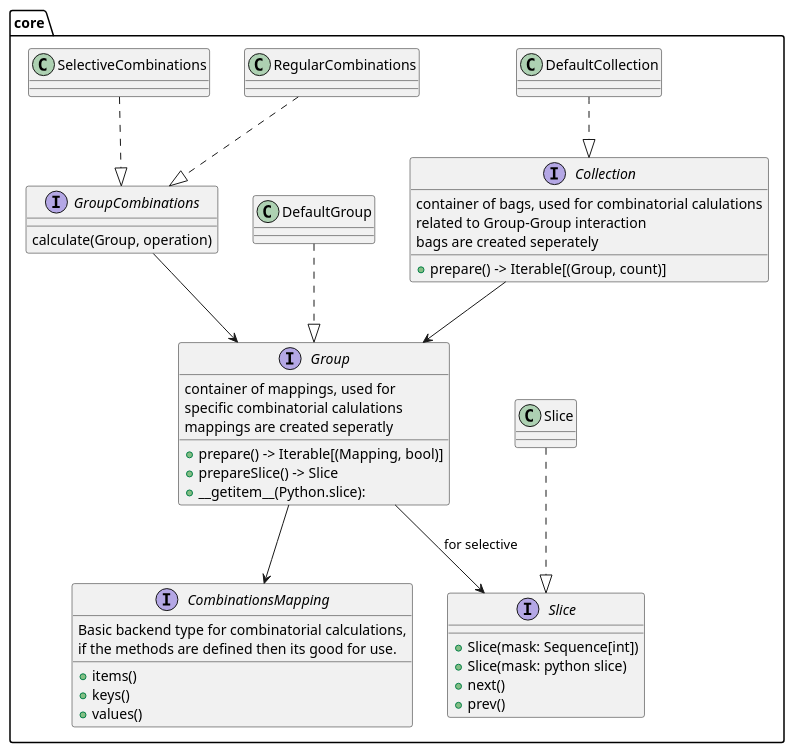
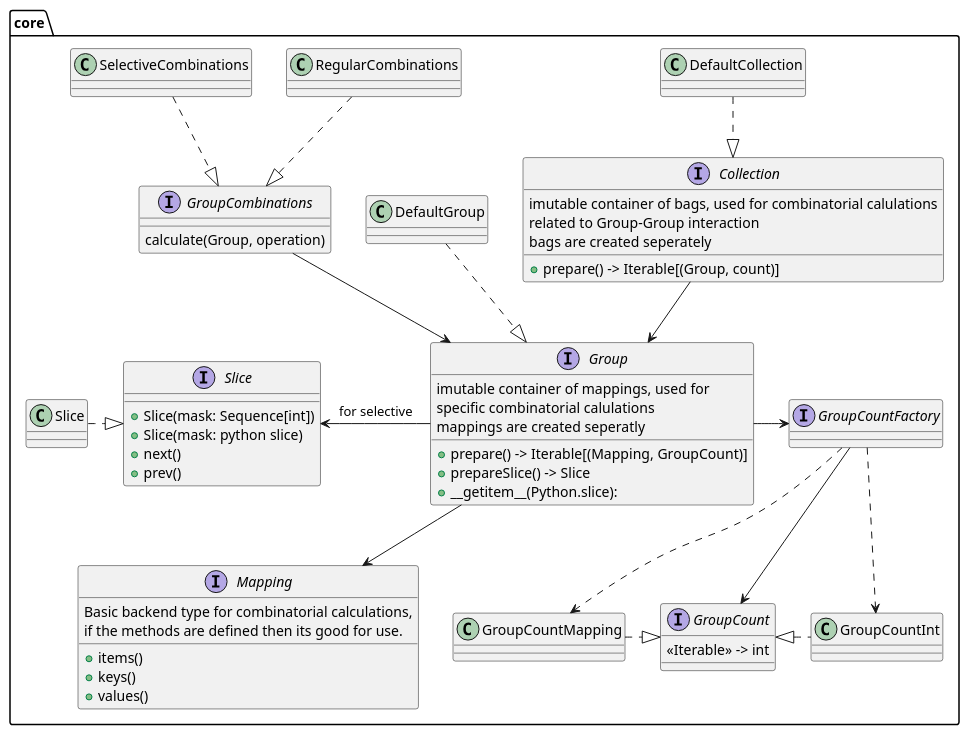
Before and after one commit to daplhall/dicechanics: the diagram in docs/src/development/diagrams/classes/Core.puml, drawn with PlantUML. The commit also changed 22 other files, not shown here.

```diff
--- a/docs/src/development/diagrams/classes/Core.puml
+++ b/docs/src/development/diagrams/classes/Core.puml
@@ -1,53 +1,65 @@
 @startuml core
 top to bottom direction
 package "core"{
     class DefaultCollection{
     }
     interface "Collection" as collection {
-        container of bags, used for combinatorial calulations\nrelated to Group-Group interaction
+        imutable container of bags, used for combinatorial calulations\nrelated to Group-Group interaction
         bags are created seperately
         + prepare() -> Iterable[(Group, count)]
     }
     class DefaultGroup{
     }
     interface "Group" as group{
-        container of mappings, used for\nspecific combinatorial calulations
+        imutable container of mappings, used for\nspecific combinatorial calulations
         mappings are created seperatly
-        + prepare() -> Iterable[(Mapping, bool)]
+        + prepare() -> Iterable[(Mapping, GroupCount)]
         + prepareSlice() -> Slice
         + __getitem__(Python.slice):
     }
-    interface "CombinationsMapping" as mapping{
+    interface "Mapping" as mapping{
         Basic backend type for combinatorial calculations,\nif the methods are defined then its good for use.
         + items()
         + keys()
         + values()
     }
     Class "Slice" as sliceClass
     interface "Slice" as slice{
         +Slice(mask: Sequence[int])
         +Slice(mask: python slice)
         +next()
         +prev()
     }
     interface GroupCombinations {
         calculate(Group, operation) 
     }
     class RegularCombinations{
         
     }
     class SelectiveCombinations{
         
     }
+    Interface GroupCountFactory
+    Interface GroupCount{
+        <<Iterable>> -> int
+    }
+    class GroupCountInt
+    class GroupCountMapping
 }
 
 DefaultCollection ..|> collection
 collection --> group
 DefaultGroup ..|> group
 group --> mapping
-group --> slice: for selective
-sliceClass ..|> slice
+group -left-> slice: for selective
+sliceClass .right.|> slice
 GroupCombinations --> group
 RegularCombinations ..|> GroupCombinations
 SelectiveCombinations ..|> GroupCombinations
+group -right-> GroupCountFactory 
+GroupCountFactory -->GroupCount 
+GroupCountInt .left.|> GroupCount
+GroupCountMapping .right.|> GroupCount
+GroupCountFactory ..>  GroupCountInt
+GroupCountFactory ..> GroupCountMapping
 @enduml
```
